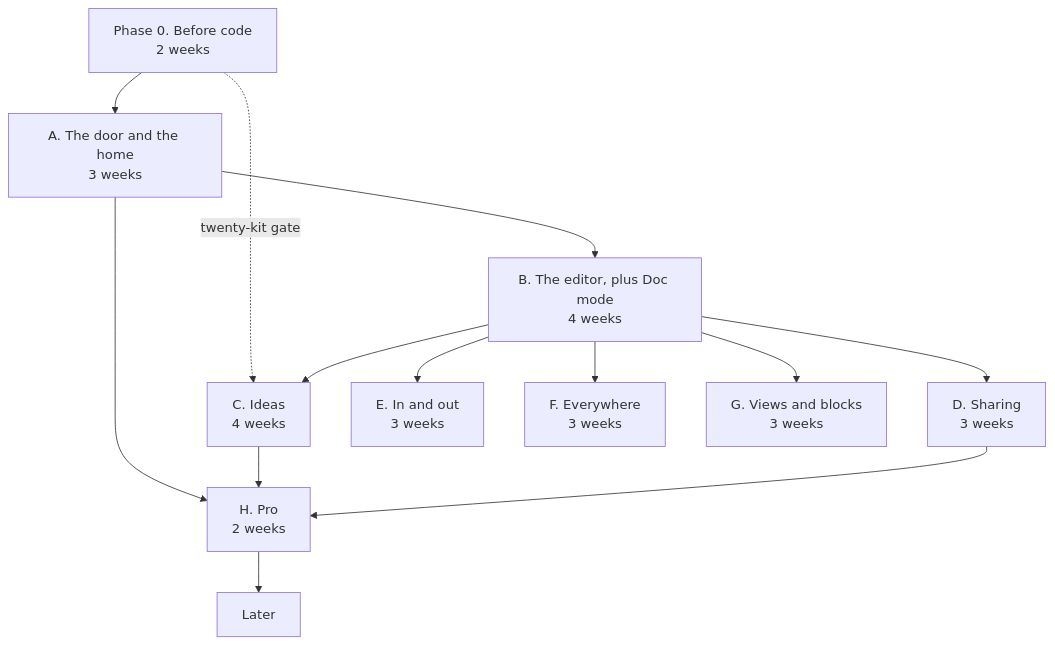
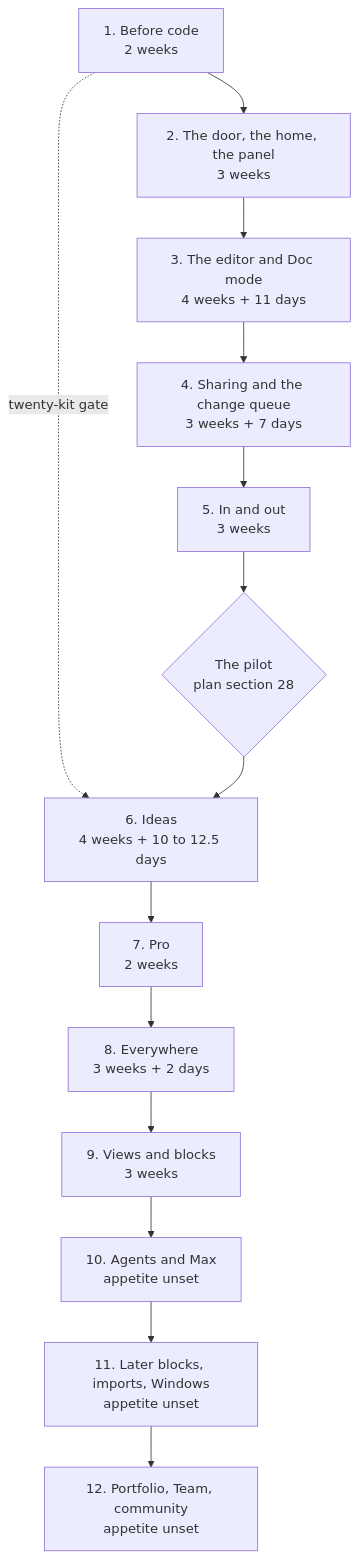
One commit to studiozephyrus/frontmatter changed the diagram in docs/pack/50-ROADMAP.md. Above: the diagram before and after it, drawn with Mermaid. The commit also changed other lines of this file, not shown here.

First line of the commit message:
roadmap: twelve batches in sequence, per D02, each with an internal acceptance gate

````diff
--- a/docs/pack/50-ROADMAP.md
+++ b/docs/pack/50-ROADMAP.md
@@ -117,15 +59,16 @@
 ```mermaid
 graph TD
-  P0["Phase 0. Before code<br/>2 weeks"] --> A["A. The door and the home<br/>3 weeks"]
-  A --> B["B. The editor, plus Doc mode<br/>4 weeks"]
-  P0 -. "twenty-kit gate" .-> C["C. Ideas<br/>4 weeks"]
-  B --> C
-  B --> D["D. Sharing<br/>3 weeks"]
-  B --> E["E. In and out<br/>3 weeks"]
-  B --> F["F. Everywhere<br/>3 weeks"]
-  B --> G["G. Views and blocks<br/>3 weeks"]
-  A --> H["H. Pro<br/>2 weeks"]
-  C --> H
-  D --> H
-  H --> L["Later"]
+  B1["1. Before code<br/>2 weeks"] --> B2["2. The door, the home, the panel<br/>3 weeks"]
+  B2 --> B3["3. The editor and Doc mode<br/>4 weeks + 11 days"]
+  B3 --> B4["4. Sharing and the change queue<br/>3 weeks + 7 days"]
+  B4 --> B5["5. In and out<br/>3 weeks"]
+  B5 --> P{"The pilot<br/>plan section 28"}
+  B1 -. "twenty-kit gate" .-> B6
+  P --> B6["6. Ideas<br/>4 weeks + 10 to 12.5 days"]
+  B6 --> B7["7. Pro<br/>2 weeks"]
+  B7 --> B8["8. Everywhere<br/>3 weeks + 2 days"]
+  B8 --> B9["9. Views and blocks<br/>3 weeks"]
+  B9 --> B10["10. Agents and Max<br/>appetite unset"]
+  B10 --> B11["11. Later blocks, imports, Windows<br/>appetite unset"]
+  B11 --> B12["12. Portfolio, Team, community<br/>appetite unset"]
 ```
````
